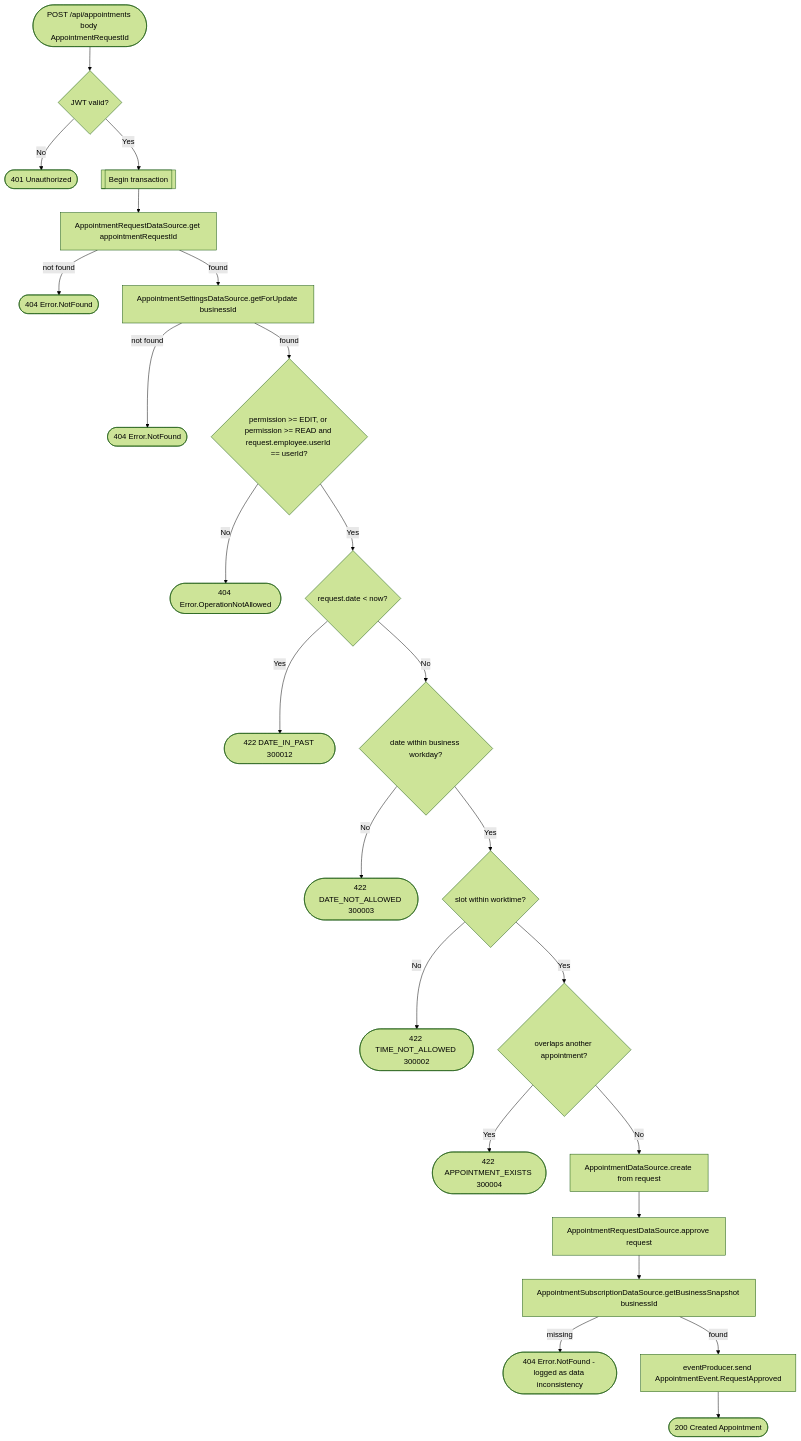
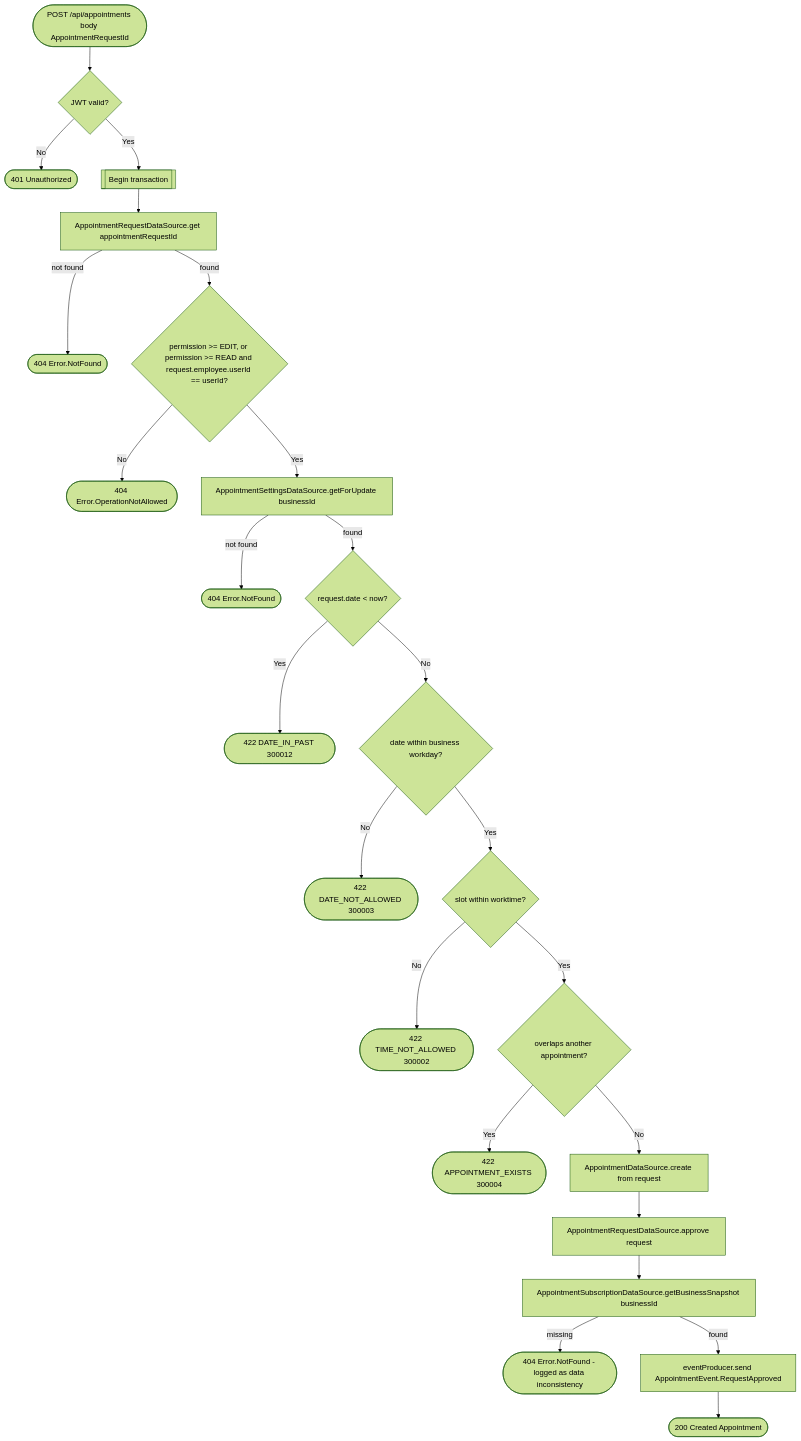
The diagram in docs/operations/appointments/create-appointment-from-request.md (an22/bookk.me-backend), drawn with Mermaid (forest theme) before and after one commit. The commit also changed 6 other files, not shown here.

Commit message:
[ISSUE-89] remove redundant permission check on appointment request creation

````diff
--- a/docs/operations/appointments/create-appointment-from-request.md
+++ b/docs/operations/appointments/create-appointment-from-request.md
@@ -13,26 +13,26 @@
 ```mermaid
 flowchart TD
     Start([POST /api/appointments body AppointmentRequestId]) --> Auth{JWT valid?}
     Auth -- No --> R401([401 Unauthorized])
     Auth -- Yes --> Tx[[Begin transaction]]
     Tx --> GetRequest[AppointmentRequestDataSource.get appointmentRequestId]
     GetRequest -- not found --> R404a([404 Error.NotFound])
-    GetRequest -- found --> Settings[AppointmentSettingsDataSource.getForUpdate businessId]
-    Settings -- not found --> R404b([404 Error.NotFound])
-    Settings -- found --> Perm{permission >= EDIT, or permission >= READ and request.employee.userId == userId?}
-    Perm -- No --> R404c([404 Error.OperationNotAllowed])
-    Perm -- Yes --> PastCheck{request.date < now?}
+    GetRequest -- found --> Perm{permission >= EDIT, or permission >= READ and request.employee.userId == userId?}
+    Perm -- No --> R404b([404 Error.OperationNotAllowed])
+    Perm -- Yes --> Settings[AppointmentSettingsDataSource.getForUpdate businessId]
+    Settings -- not found --> R404c([404 Error.NotFound])
+    Settings -- found --> PastCheck{request.date < now?}
     PastCheck -- Yes --> R422a([422 DATE_IN_PAST 300012])
     PastCheck -- No --> WorkdayCheck{date within business workday?}
     WorkdayCheck -- No --> R422b([422 DATE_NOT_ALLOWED 300003])
     WorkdayCheck -- Yes --> WorktimeCheck{slot within worktime?}
     WorktimeCheck -- No --> R422c([422 TIME_NOT_ALLOWED 300002])
     WorktimeCheck -- Yes --> Overlap{overlaps another appointment?}
     Overlap -- Yes --> R422d([422 APPOINTMENT_EXISTS 300004])
     Overlap -- No --> Create[AppointmentDataSource.create from request]
     Create --> Approve[AppointmentRequestDataSource.approve request]
     Approve --> Snapshot[AppointmentSubscriptionDataSource.getBusinessSnapshot businessId]
     Snapshot -- missing --> R404d([404 Error.NotFound - logged as data inconsistency])
     Snapshot -- found --> Event[eventProducer.send AppointmentEvent.RequestApproved]
     Event --> R200([200 Created Appointment])
 ```
````
